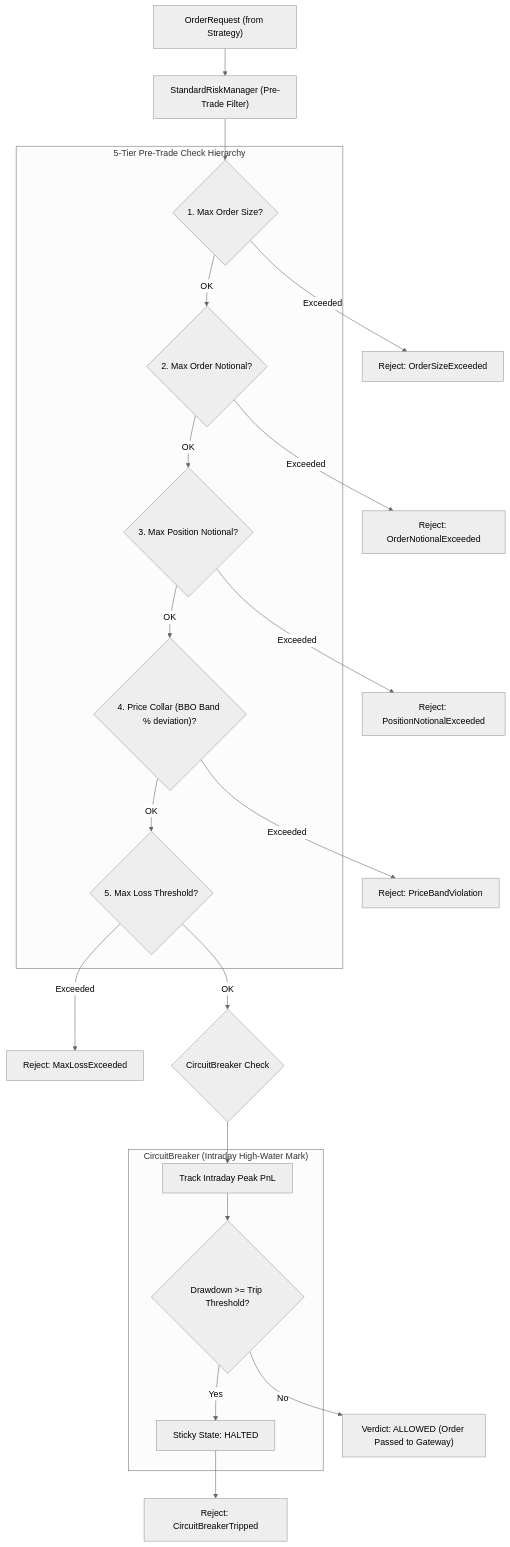
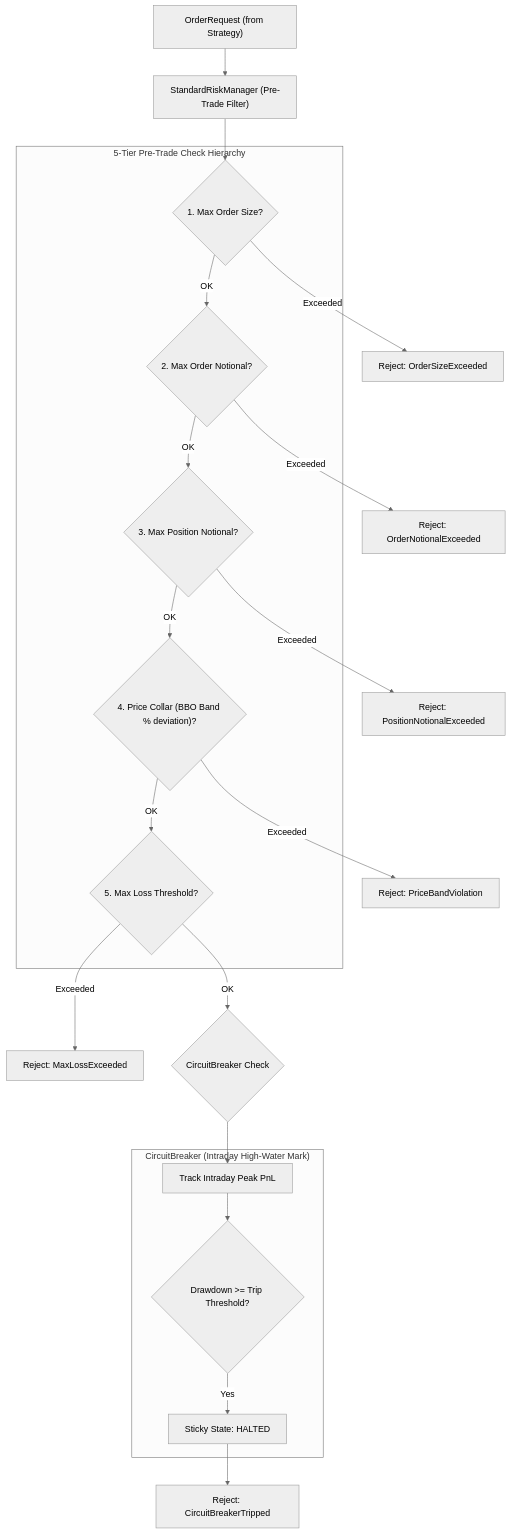
Before and after one commit to shubham-dataeng/QuantEngine: the third of 4 diagrams in README.md, drawn with Mermaid (neutral theme). The commit also changed other lines of this file and 5 other files, not shown here.

````diff
--- a/README.md
+++ b/README.md
@@ -282,34 +315,33 @@
 ```mermaid
 flowchart TD
     Req["OrderRequest (from Strategy)"] --> Risk["StandardRiskManager (Pre-Trade Filter)"]
 
     subgraph Hierarchy ["5-Tier Pre-Trade Check Hierarchy"]
         C1{"1. Max Order Size?"}
         C2{"2. Max Order Notional?"}
         C3{"3. Max Position Notional?"}
         C4{"4. Price Collar (BBO Band % deviation)?"}
         C5{"5. Max Loss Threshold?"}
     end
 
     Risk --> C1
     C1 -- Exceeded --> R1["Reject: OrderSizeExceeded"]
     C1 -- OK --> C2
     C2 -- Exceeded --> R2["Reject: OrderNotionalExceeded"]
     C2 -- OK --> C3
     C3 -- Exceeded --> R3["Reject: PositionNotionalExceeded"]
     C3 -- OK --> C4
     C4 -- Exceeded --> R4["Reject: PriceBandViolation"]
     C4 -- OK --> C5
     C5 -- Exceeded --> R5["Reject: MaxLossExceeded"]
     C5 -- OK --> CB{"CircuitBreaker Check"}
 
     subgraph DrawdownBreaker ["CircuitBreaker (Intraday High-Water Mark)"]
         CB1["Track Intraday Peak PnL"]
         CB2{"Drawdown >= Trip Threshold?"}
         CB3["Sticky State: HALTED"]
     end
 
     CB --> CB1 --> CB2
     CB2 -- Yes --> CB3 --> R6["Reject: CircuitBreakerTripped"]
-    CB2 -- No --> Allowed["Verdict: ALLOWED (Order Passed to Gateway)"]
 ```
````
